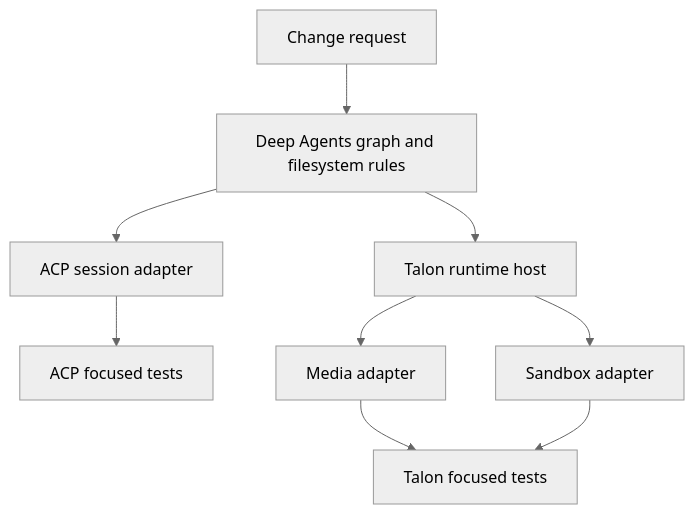
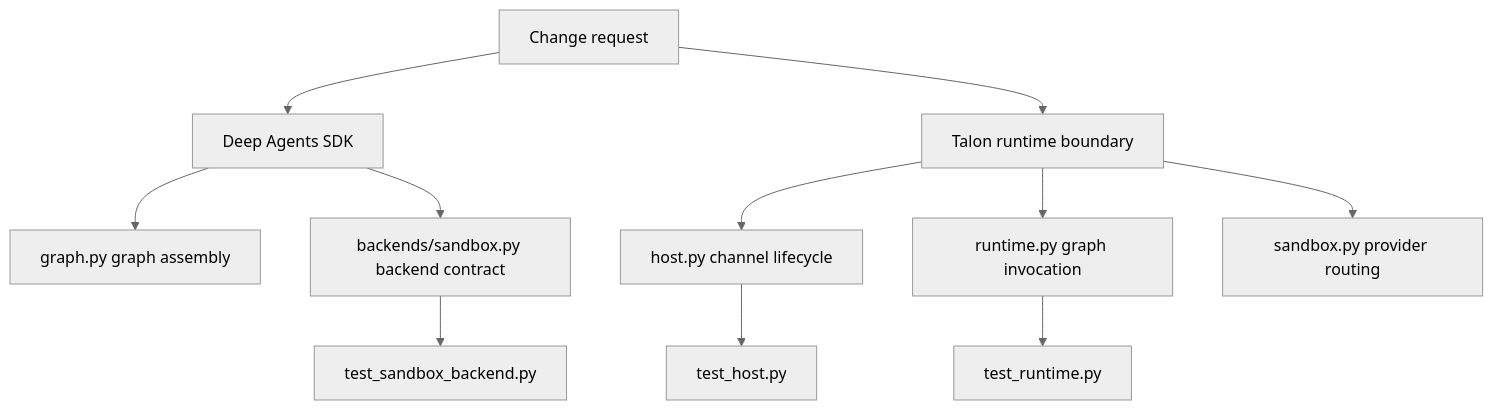
One commit to langchain-ai/deepagents changed the first of 4 diagrams in openwiki/architecture/source-map.md. Above: the diagram before and after it, drawn with Mermaid (neutral theme). The commit also changed other lines of this file and 34 other files, not shown here.

````diff
--- a/openwiki/architecture/source-map.md
+++ b/openwiki/architecture/source-map.md
@@ -56,11 +53,13 @@
 ```mermaid
 flowchart TD
-  Input["Change request"] --> SDK["Deep Agents graph and filesystem rules"]
-  SDK --> ACP["ACP session adapter"]
-  SDK --> Talon["Talon runtime host"]
-  ACP --> ACPTests["ACP focused tests"]
-  Talon --> Media["Media adapter"]
-  Talon --> Sandbox["Sandbox adapter"]
-  Media --> TalonTests["Talon focused tests"]
-  Sandbox --> TalonTests
+  Change["Change request"] --> SDK["Deep Agents SDK"]
+  SDK --> Graph["graph.py graph assembly"]
+  SDK --> BaseSandbox["backends/sandbox.py backend contract"]
+  Change --> Talon["Talon runtime boundary"]
+  Talon --> Host["host.py channel lifecycle"]
+  Talon --> Runtime["runtime.py graph invocation"]
+  Talon --> TalonSandbox["sandbox.py provider routing"]
+  Host --> HostTests["test_host.py"]
+  Runtime --> RuntimeTests["test_runtime.py"]
+  BaseSandbox --> SandboxTests["test_sandbox_backend.py"]
 ```
````
